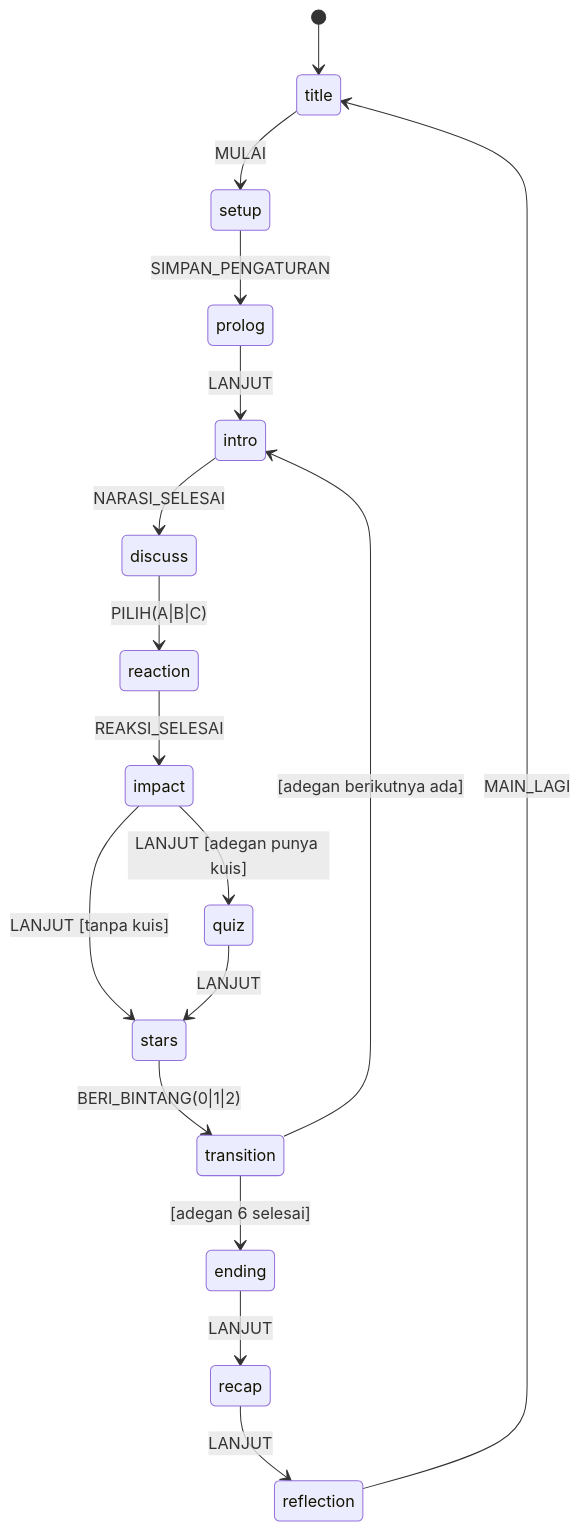
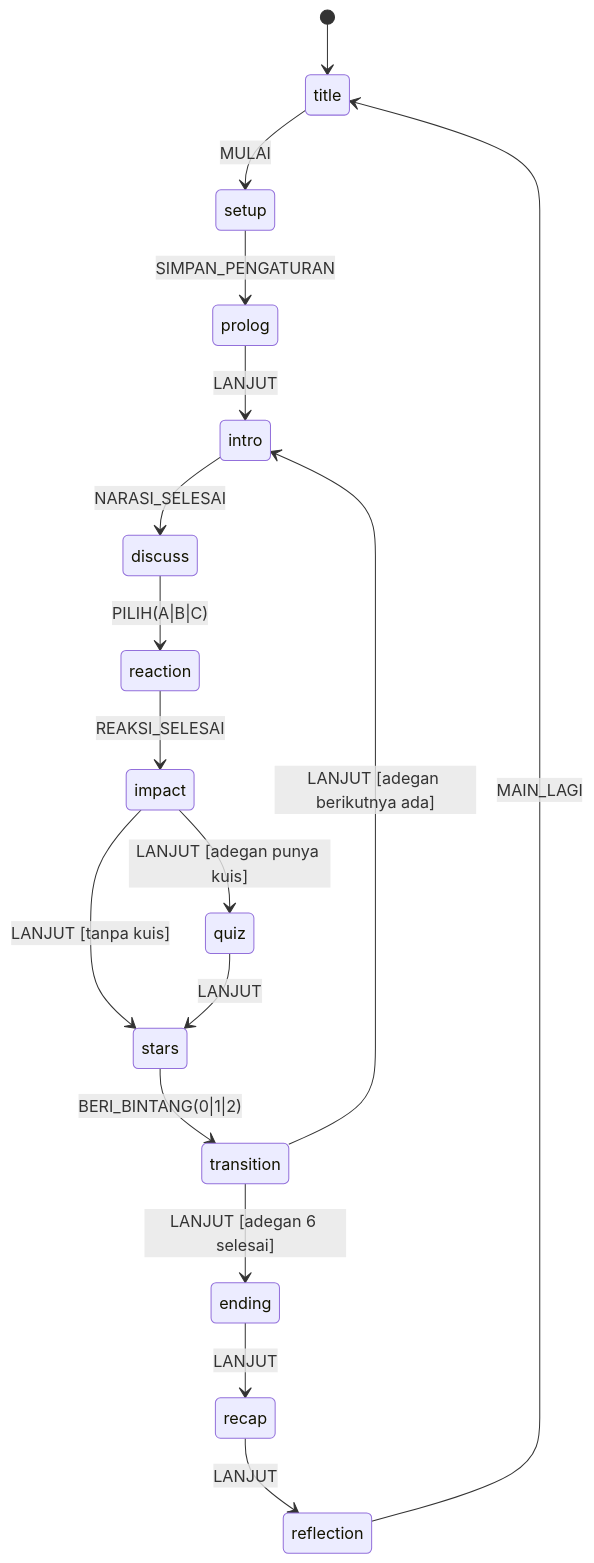
One commit to Y4N-D/ruang-setara changed the second of 2 diagrams in docs/sehari-setara/Architecture.md. Above: the diagram before and after it, drawn with Mermaid. The commit also changed other lines of this file and 14 other files, not shown here.

````diff
--- a/docs/sehari-setara/Architecture.md
+++ b/docs/sehari-setara/Architecture.md
@@ -209,19 +212,19 @@
 ```mermaid
 stateDiagram-v2
   [*] --> title
   title --> setup: MULAI
   setup --> prolog: SIMPAN_PENGATURAN
   prolog --> intro: LANJUT
   intro --> discuss: NARASI_SELESAI
   discuss --> reaction: PILIH(A|B|C)
   reaction --> impact: REAKSI_SELESAI
   impact --> quiz: LANJUT [adegan punya kuis]
   impact --> stars: LANJUT [tanpa kuis]
   quiz --> stars: LANJUT
   stars --> transition: BERI_BINTANG(0|1|2)
-  transition --> intro: [adegan berikutnya ada]
-  transition --> ending: [adegan 6 selesai]
+  transition --> intro: LANJUT [adegan berikutnya ada]
+  transition --> ending: LANJUT [adegan 6 selesai]
   ending --> recap: LANJUT
   recap --> reflection: LANJUT
   reflection --> title: MAIN_LAGI
 ```
````
